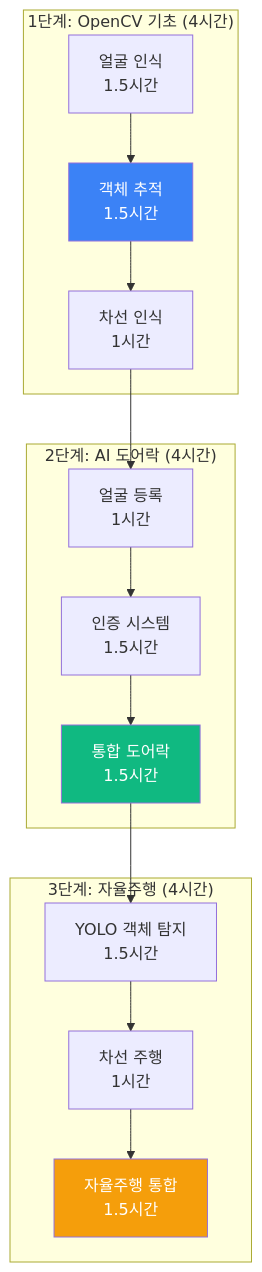
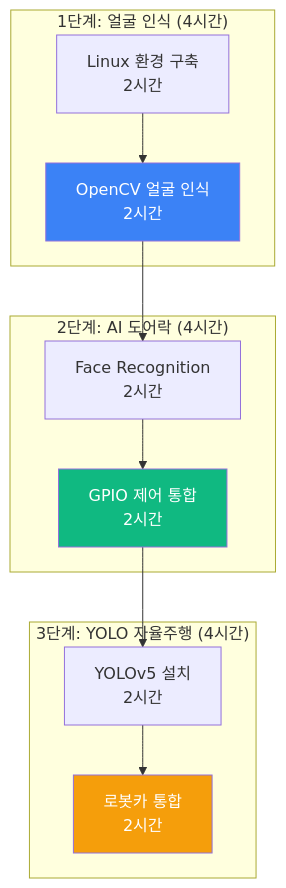
Before and after one commit to Collegenie-X/AIMakerLab_Web: the third of 9 diagrams in documents/CURRICULUM/맛보기_라즈베리파이_AI.md, drawn with Mermaid. The commit also changed other lines of this file and 3 other files, not shown here.

````diff
--- a/documents/CURRICULUM/맛보기_라즈베리파이_AI.md
+++ b/documents/CURRICULUM/맛보기_라즈베리파이_AI.md
@@ -120,30 +146,27 @@
 ```mermaid
 graph TB
-    subgraph "1단계: OpenCV 기초 (4시간)"
-        O1[얼굴 인식<br/>1.5시간]
-        O2[객체 추적<br/>1.5시간]
-        O3[차선 인식<br/>1시간]
+    subgraph "1단계: 얼굴 인식 (4시간)"
+        O1[Linux 환경 구축<br/>2시간]
+        O2[OpenCV 얼굴 인식<br/>2시간]
     end
     
     subgraph "2단계: AI 도어락 (4시간)"
-        D1[얼굴 등록<br/>1시간]
-        D2[인증 시스템<br/>1.5시간]
-        D3[통합 도어락<br/>1.5시간]
+        D1[Face Recognition<br/>2시간]
+        D2[GPIO 제어 통합<br/>2시간]
     end
     
-    subgraph "3단계: 자율주행 (4시간)"
-        A1[YOLO 객체 탐지<br/>1.5시간]
-        A2[차선 주행<br/>1시간]
-        A3[자율주행 통합<br/>1.5시간]
+    subgraph "3단계: YOLO 자율주행 (4시간)"
+        A1[YOLOv5 설치<br/>2시간]
+        A2[로봇카 통합<br/>2시간]
     end
     
-    O1 --> O2 --> O3
-    O3 --> D1
-    D1 --> D2 --> D3
-    D3 --> A1
-    A1 --> A2 --> A3
+    O1 --> O2
+    O2 --> D1
+    D1 --> D2
+    D2 --> A1
+    A1 --> A2
     
     style O2 fill:#3b82f6,color:#fff
-    style D3 fill:#10b981,color:#fff
-    style A3 fill:#f59e0b,color:#fff
+    style D2 fill:#10b981,color:#fff
+    style A2 fill:#f59e0b,color:#fff
 ```
````
